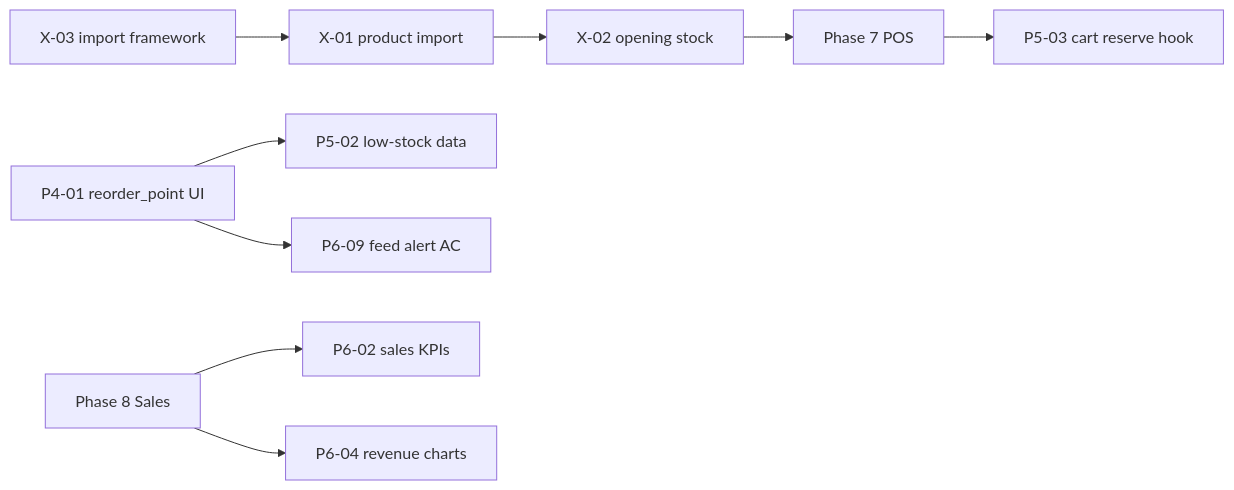
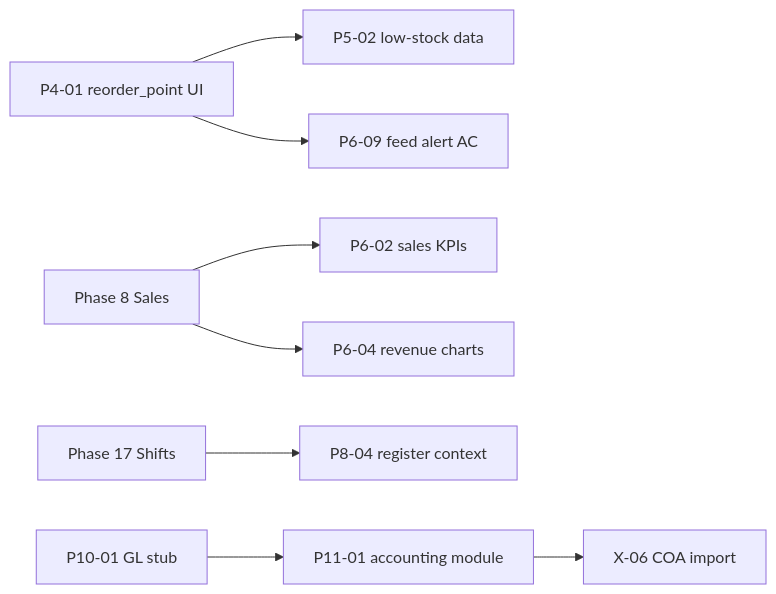
Before and after one commit to Mohammad-Arslan/retailpulse: the diagram in docs/gaps/gaps.md, drawn with Mermaid. The commit also changed other lines of this file and 45 other files, not shown here.

````diff
--- a/docs/gaps/gaps.md
+++ b/docs/gaps/gaps.md
@@ -131,11 +277,10 @@
 ```mermaid
 flowchart LR
-  X03[X-03 import framework] --> X01[X-01 product import]
-  X01 --> X02[X-02 opening stock]
-  X02 --> P7[Phase 7 POS go-live]
   P4_01[P4-01 reorder_point UI] --> P5_02[P5-02 low-stock data]
   P4_01 --> P6_09[P6-09 feed alert AC]
   P8[Phase 8 Sales] --> P6_02[P6-02 sales KPIs]
   P8 --> P6_04[P6-04 revenue charts]
-  P7[Phase 7 POS] --> P5_03[P5-03 cart reserve hook]
+  P17[Phase 17 Shifts] --> P8_04[P8-04 register context]
+  P10_01[P10-01 GL stub] --> P11_01[P11-01 accounting module]
+  P11_01 --> X06[X-06 COA import]
 ```
````
